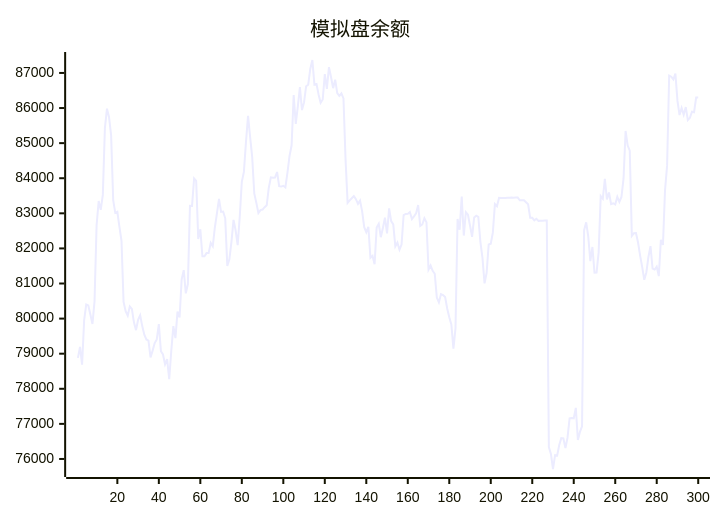
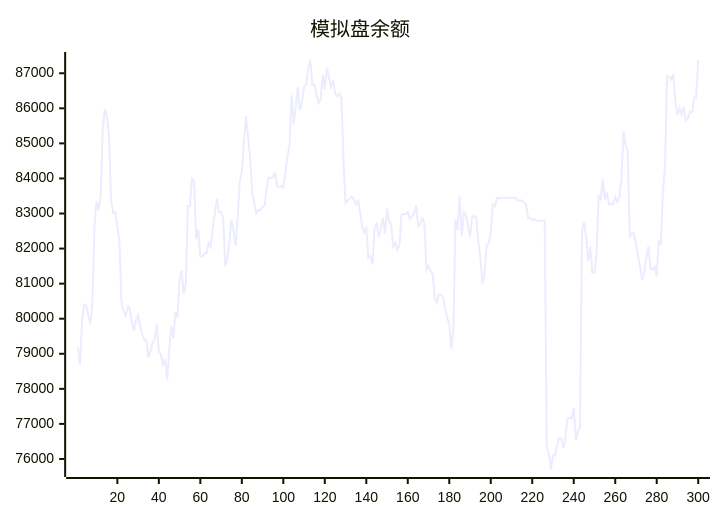
Before and after one commit to aahl/ai-trading: the diagram in README.md, drawn with Mermaid. The commit also changed other lines of this file and 1 other file, not shown here.

````diff
--- a/README.md
+++ b/README.md
@@ -5,5 +5,5 @@
 ```mermaid
 xychart
     title "模拟盘余额"
-    line [78879,79193,78686,79954,80403,80374,80118,79848,80491,82665,83351,83098,83525,85430,85983,85737,85221,83378,83014,83043,82613,82216,80477,80208,80081,80348,80277,79894,79670,79965,80093,79786,79542,79406,79371,78893,79087,79304,79406,79841,79072,78978,78696,78846,78272,79085,79787,79442,80198,80031,81120,81379,80718,80985,83214,83212,83993,83921,82270,82547,81776,81776,81866,81866,82158,82061,82596,83000,83408,83041,83050,82858,81503,81691,82188,82812,82517,82092,82901,83898,84180,85030,85781,85178,84604,83569,83298,83008,83093,83107,83175,83228,83729,84025,84017,84019,84177,83775,83762,83785,83738,84160,84639,84939,86370,85548,86046,86599,85942,86161,86622,86664,87115,87369,86666,86685,86384,86152,86243,86969,86548,87164,86885,86566,86809,86427,86348,86417,86273,84538,83299,83369,83430,83490,83404,83270,83362,83056,82605,82459,82614,81734,81788,81551,82598,82702,82320,82580,82878,82426,83139,82778,82686,82056,82166,81963,82110,82951,82983,82984,83038,82838,82915,82998,83235,82642,82682,82858,82746,81396,81512,81362,81277,80600,80461,80699,80673,80616,80288,80038,79836,79142,79722,82837,82533,83480,82366,83032,82960,82654,82330,82883,82934,82901,82188,81728,81005,81298,82110,82135,82449,83264,83203,83440,83439,83440,83440,83446,83447,83448,83447,83448,83449,83369,83369,83369,83313,83256,82872,82873,82801,82844,82785,82791,82791,82793,82794,76339,76145,75714,76110,76096,76397,76594,76585,76310,76607,77160,77170,77160,77456,76541,76774,76927,82520,82744,82337,81639,82040,81307,81314,81887,83490,83414,83984,83396,83594,83261,83287,83253,83470,83327,83465,83987,85348,84930,84786,82355,82433,82438,82167,81795,81466,81105,81315,81756,82064,81426,81398,81481,81210,82242,82099,83658,84359,86925,86892,86814,86980,86203,85802,86003,85811,86028,85657,85721,85896,85880,86300,86299]
+    line [79193,78686,79954,80403,80374,80118,79848,80491,82665,83351,83098,83525,85430,85983,85737,85221,83378,83014,83043,82613,82216,80477,80208,80081,80348,80277,79894,79670,79965,80093,79786,79542,79406,79371,78893,79087,79304,79406,79841,79072,78978,78696,78846,78272,79085,79787,79442,80198,80031,81120,81379,80718,80985,83214,83212,83993,83921,82270,82547,81776,81776,81866,81866,82158,82061,82596,83000,83408,83041,83050,82858,81503,81691,82188,82812,82517,82092,82901,83898,84180,85030,85781,85178,84604,83569,83298,83008,83093,83107,83175,83228,83729,84025,84017,84019,84177,83775,83762,83785,83738,84160,84639,84939,86370,85548,86046,86599,85942,86161,86622,86664,87115,87369,86666,86685,86384,86152,86243,86969,86548,87164,86885,86566,86809,86427,86348,86417,86273,84538,83299,83369,83430,83490,83404,83270,83362,83056,82605,82459,82614,81734,81788,81551,82598,82702,82320,82580,82878,82426,83139,82778,82686,82056,82166,81963,82110,82951,82983,82984,83038,82838,82915,82998,83235,82642,82682,82858,82746,81396,81512,81362,81277,80600,80461,80699,80673,80616,80288,80038,79836,79142,79722,82837,82533,83480,82366,83032,82960,82654,82330,82883,82934,82901,82188,81728,81005,81298,82110,82135,82449,83264,83203,83440,83439,83440,83440,83446,83447,83448,83447,83448,83449,83369,83369,83369,83313,83256,82872,82873,82801,82844,82785,82791,82791,82793,82794,76339,76145,75714,76110,76096,76397,76594,76585,76310,76607,77160,77170,77160,77456,76541,76774,76927,82520,82744,82337,81639,82040,81307,81314,81887,83490,83414,83984,83396,83594,83261,83287,83253,83470,83327,83465,83987,85348,84930,84786,82355,82433,82438,82167,81795,81466,81105,81315,81756,82064,81426,81398,81481,81210,82242,82099,83658,84359,86925,86892,86814,86980,86203,85802,86003,85811,86028,85657,85721,85896,85880,86300,86299,87378]
 ```
````
